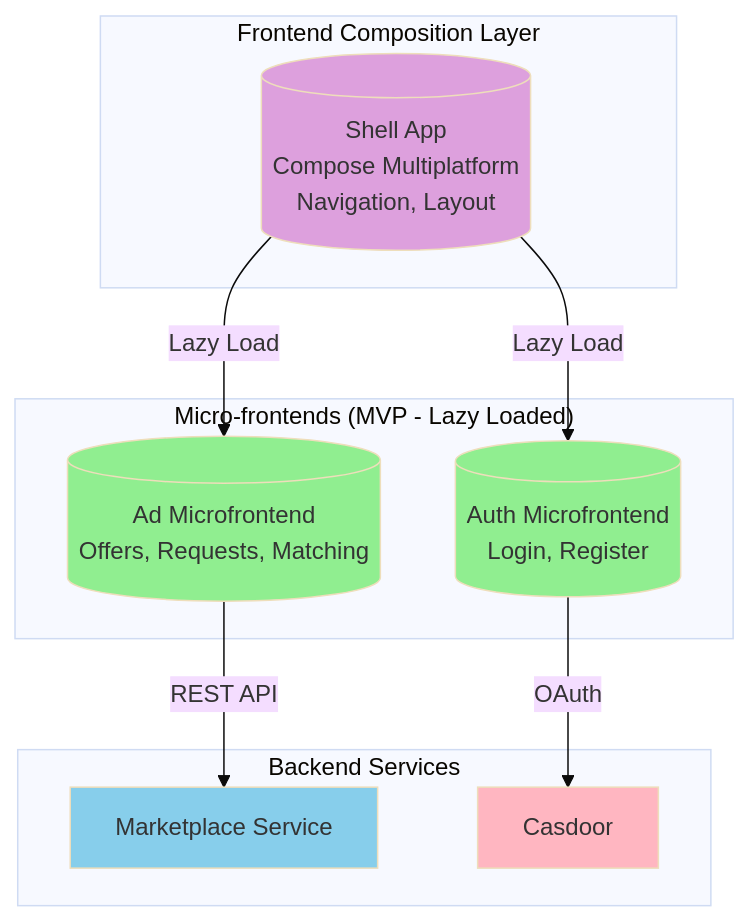
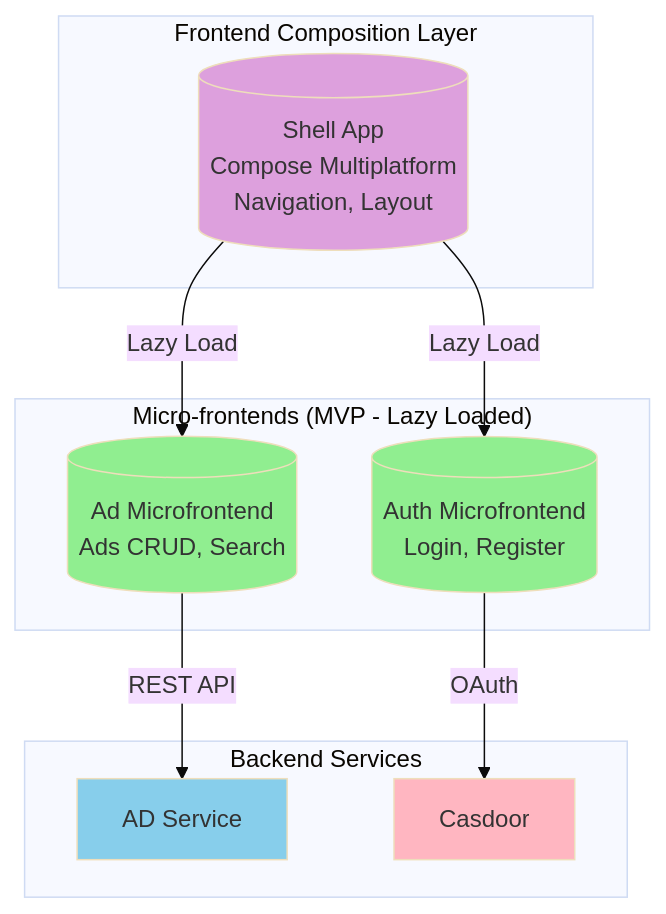
Before and after one commit to otuskotlin/202602-ok-marketplace: the first of 7 diagrams in docs/architecture/c4-3-component.md, drawn with Mermaid (base theme). The commit also changed other lines of this file and 6 other files, not shown here.

````diff
--- a/docs/architecture/c4-3-component.md
+++ b/docs/architecture/c4-3-component.md
@@ -9,28 +9,28 @@
 ```mermaid
 graph TB
     subgraph "Frontend Composition Layer"
         SH[("Shell App<br/>Compose Multiplatform<br/>Navigation, Layout")]
     end
     
     subgraph "Micro-frontends (MVP - Lazy Loaded)"
         MF1[("Auth Microfrontend<br/>Login, Register")]
-        MF2[("Ad Microfrontend<br/>Offers, Requests, Matching")]
+        MF2[("Ad Microfrontend<br/>Ads CRUD, Search")]
     end
     
     subgraph "Backend Services"
-        MS["Marketplace Service"]
+        MS["AD Service"]
         CD["Casdoor"]
     end
     
     SH -->|Lazy Load| MF1
     SH -->|Lazy Load| MF2
     
     MF1 -->|OAuth| CD
     MF2 -->|REST API| MS
     
     style SH fill:#DDA0DD
     style MF1 fill:#90EE90
     style MF2 fill:#90EE90
     style MS fill:#87CEEB
     style CD fill:#FFB6C1
 ```
````
